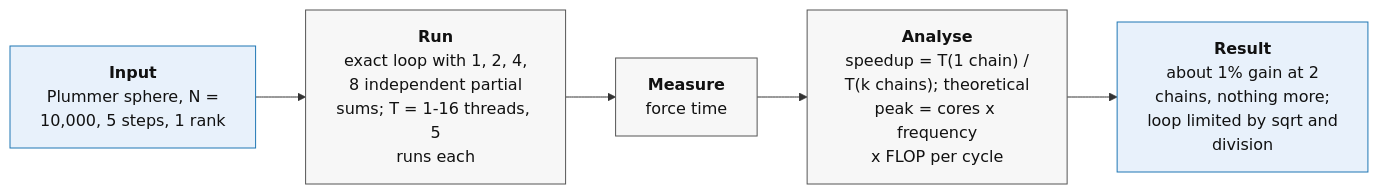
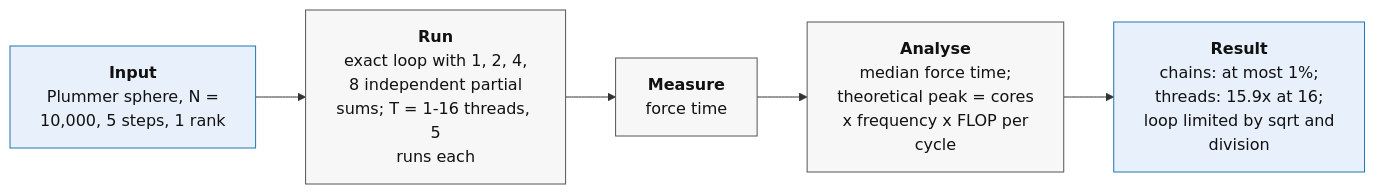
The tenth of 16 diagrams in Nbody_serial/FINAL_REPORT.md (emmadariol/HPC_exam), drawn with Mermaid before and after one commit. The commit also changed other lines of this file, not shown here.

Commit message:
nothing to do

````diff
--- a/Nbody_serial/FINAL_REPORT.md
+++ b/Nbody_serial/FINAL_REPORT.md
@@ -827,13 +851,13 @@
 ```mermaid
 flowchart LR
   A["<b>Input</b><br/>Plummer sphere, N =<br/>10,000, 5 steps, 1 rank"]
   B["<b>Run</b><br/>exact loop with 1, 2, 4,<br/>8 independent partial<br/>sums; T = 1-16 threads, 5<br/>runs each"]
   C["<b>Measure</b><br/>force time"]
-  D["<b>Analyse</b><br/>speedup = T(1 chain) /<br/>T(k chains); theoretical<br/>peak = cores x frequency<br/>x FLOP per cycle"]
-  E["<b>Result</b><br/>about 1% gain at 2<br/>chains, nothing more;<br/>loop limited by sqrt and<br/>division"]
+  D["<b>Analyse</b><br/>median force time;<br/>theoretical peak = cores<br/>x frequency x FLOP per<br/>cycle"]
+  E["<b>Result</b><br/>chains: at most 1%;<br/>threads: 15.9x at 16;<br/>loop limited by sqrt and<br/>division"]
   A --> B --> C --> D --> E
   classDef io fill:#e8f1fb,stroke:#1f77b4,color:#111;
   classDef step fill:#f7f7f7,stroke:#555,color:#111;
   class A,E io;
   class B,C,D step;
 ```
````
